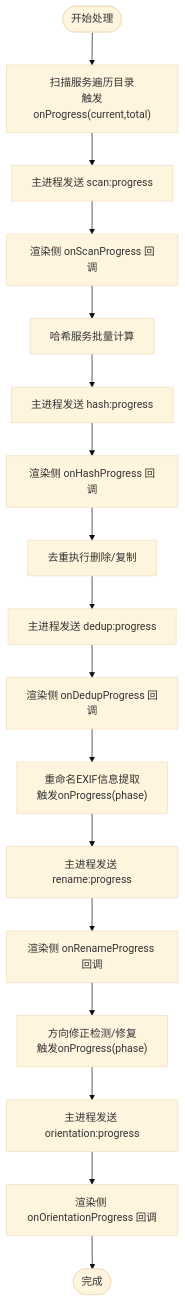
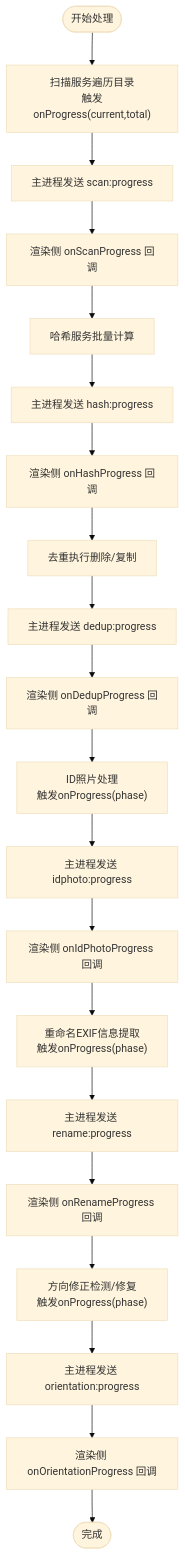
The fifth of 11 diagrams in .qoder/repowiki/zh/content/IPC通信层/IPC通信层.md (remgasuki/ReDoPhoto), drawn with Mermaid (base theme) before and after one commit. The commit also changed other lines of this file and 31 other files, not shown here.

Commit message:
v2.2.0: 证件照功能全面升级 - AI抠图/海量模板/美颜/压缩/排版

````diff
--- a/.qoder/repowiki/zh/content/IPC通信层/IPC通信层.md
+++ b/.qoder/repowiki/zh/content/IPC通信层/IPC通信层.md
@@ -264,19 +287,22 @@
 ```mermaid
 flowchart TD
 Start(["开始处理"]) --> Scan["扫描服务遍历目录<br/>触发onProgress(current,total)"]
 Scan --> Send1["主进程发送 scan:progress"]
 Send1 --> Render1["渲染侧 onScanProgress 回调"]
 Render1 --> Hash["哈希服务批量计算"]
 Hash --> Send2["主进程发送 hash:progress"]
 Send2 --> Render2["渲染侧 onHashProgress 回调"]
 Render2 --> DedupExec["去重执行删除/复制"]
 DedupExec --> Send3["主进程发送 dedup:progress"]
 Send3 --> Render3["渲染侧 onDedupProgress 回调"]
-Render3 --> Rename["重命名EXIF信息提取<br/>触发onProgress(phase)"]
-Rename --> Send4["主进程发送 rename:progress"]
-Send4 --> Render4["渲染侧 onRenameProgress 回调"]
-Render4 --> Orient["方向修正检测/修复<br/>触发onProgress(phase)"]
-Orient --> Send5["主进程发送 orientation:progress"]
-Send5 --> Render5["渲染侧 onOrientationProgress 回调"]
-Render5 --> End(["完成"])
+Render3 --> IdPhoto["ID照片处理<br/>触发onProgress(phase)"]
+IdPhoto --> Send4["主进程发送 idphoto:progress"]
+Send4 --> Render4["渲染侧 onIdPhotoProgress 回调"]
+Render4 --> Rename["重命名EXIF信息提取<br/>触发onProgress(phase)"]
+Rename --> Send5["主进程发送 rename:progress"]
+Send5 --> Render5["渲染侧 onRenameProgress 回调"]
+Render5 --> Orient["方向修正检测/修复<br/>触发onProgress(phase)"]
+Orient --> Send6["主进程发送 orientation:progress"]
+Send6 --> Render6["渲染侧 onOrientationProgress 回调"]
+Render6 --> End(["完成"])
 ```
````
